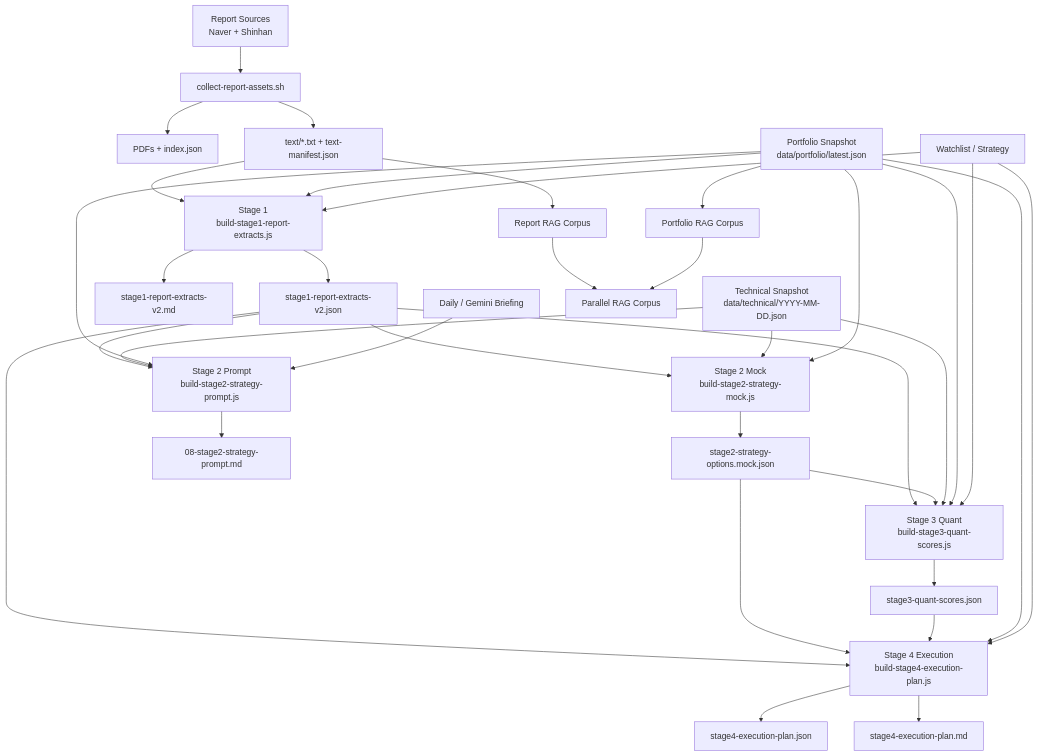
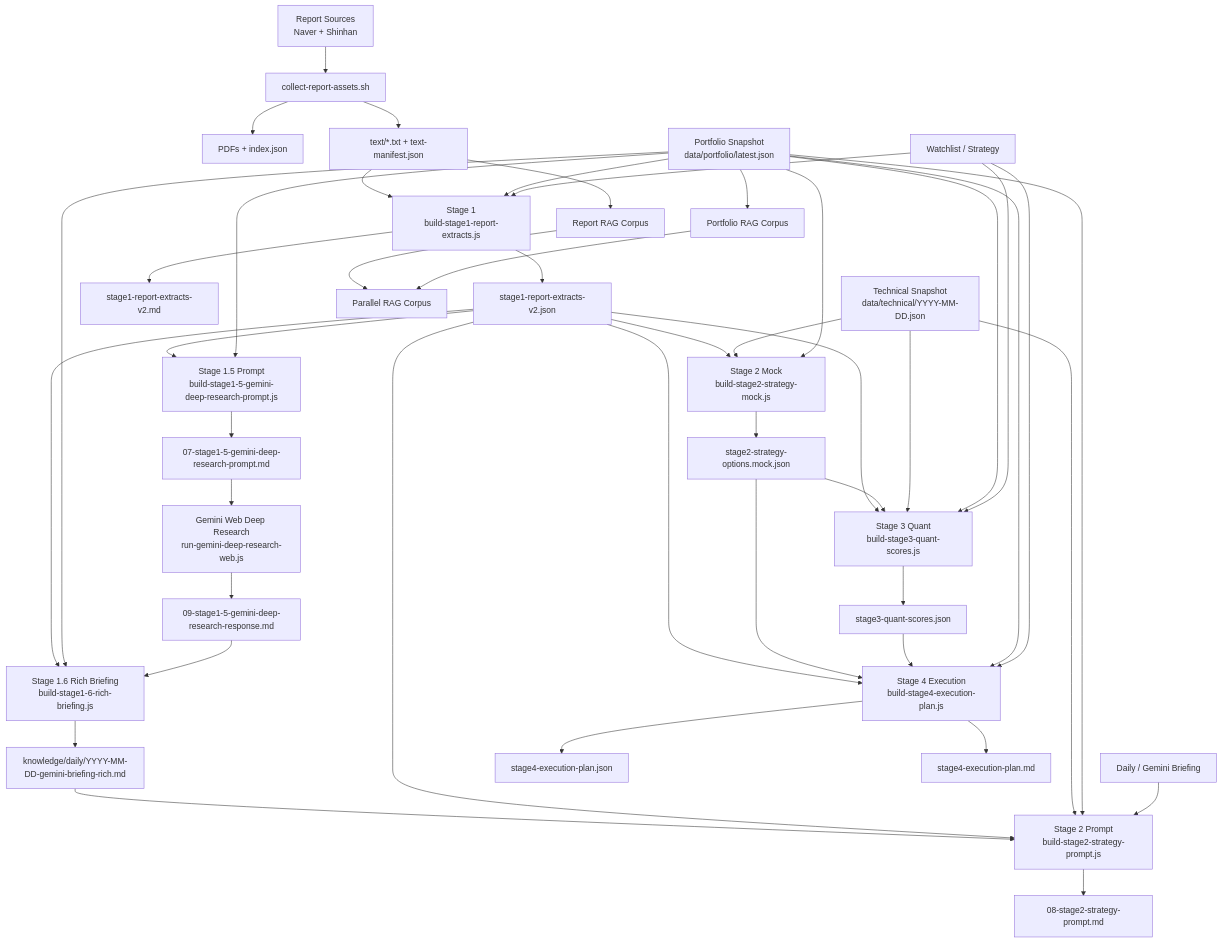
The diagram in README.md (sgdrudejr/EcoReport), drawn with Mermaid before and after one commit. The commit also changed other lines of this file and 60 other files, not shown here.

Commit message:
Add manual deep research workflow and dashboard updates

````diff
--- a/README.md
+++ b/README.md
@@ -30,42 +30,53 @@
 ```mermaid
 flowchart TD
     A["Report Sources<br/>Naver + Shinhan"] --> B["collect-report-assets.sh"]
     B --> B1["PDFs + index.json"]
     B --> B2["text/*.txt + text-manifest.json"]
 
     B2 --> C["Stage 1<br/>build-stage1-report-extracts.js"]
     P["Portfolio Snapshot<br/>data/portfolio/latest.json"] --> C
     W["Watchlist / Strategy"] --> C
     C --> C1["stage1-report-extracts-v2.json"]
     C --> C2["stage1-report-extracts-v2.md"]
 
-    C1 --> D["Stage 2 Prompt<br/>build-stage2-strategy-prompt.js"]
+    C1 --> M["Stage 1.5 Prompt<br/>build-stage1-5-gemini-deep-research-prompt.js"]
+    P --> M
+    M --> M1["07-stage1-5-gemini-deep-research-prompt.md"]
+    M1 --> N["Gemini Web Deep Research<br/>run-gemini-deep-research-web.js"]
+    N --> N1["09-stage1-5-gemini-deep-research-response.md"]
+    C1 --> O["Stage 1.6 Rich Briefing<br/>build-stage1-6-rich-briefing.js"]
+    P --> O
+    N1 --> O
+    O --> O1["knowledge/daily/YYYY-MM-DD-gemini-briefing-rich.md"]
+
+    O1 --> D["Stage 2 Prompt<br/>build-stage2-strategy-prompt.js"]
+    C1 --> D
     C1 --> E["Stage 2 Mock<br/>build-stage2-strategy-mock.js"]
     T["Technical Snapshot<br/>data/technical/YYYY-MM-DD.json"] --> D
     T --> E
     P --> D
     P --> E
     G["Daily / Gemini Briefing"] --> D
     E --> E1["stage2-strategy-options.mock.json"]
     D --> D1["08-stage2-strategy-prompt.md"]
 
     C1 --> F["Stage 3 Quant<br/>build-stage3-quant-scores.js"]
     E1 --> F
     T --> F
     P --> F
     W --> F
     F --> F1["stage3-quant-scores.json"]
 
     C1 --> H["Stage 4 Execution<br/>build-stage4-execution-plan.js"]
     E1 --> H
     F1 --> H
     P --> H
     W --> H
     H --> H1["stage4-execution-plan.json"]
     H --> H2["stage4-execution-plan.md"]
 
     B2 --> R["Report RAG Corpus"]
     P --> PR["Portfolio RAG Corpus"]
     R --> XR["Parallel RAG Corpus"]
     PR --> XR
 ```
````
